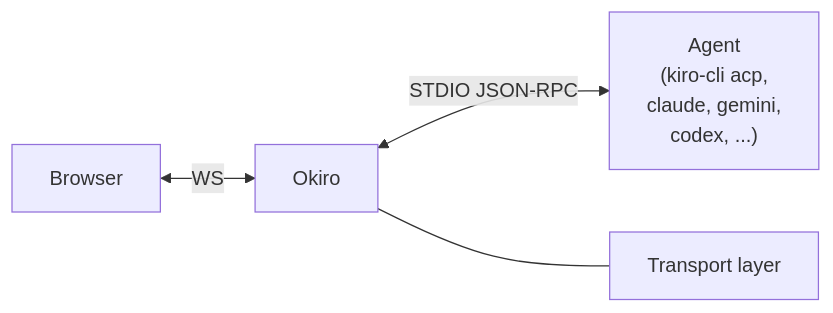
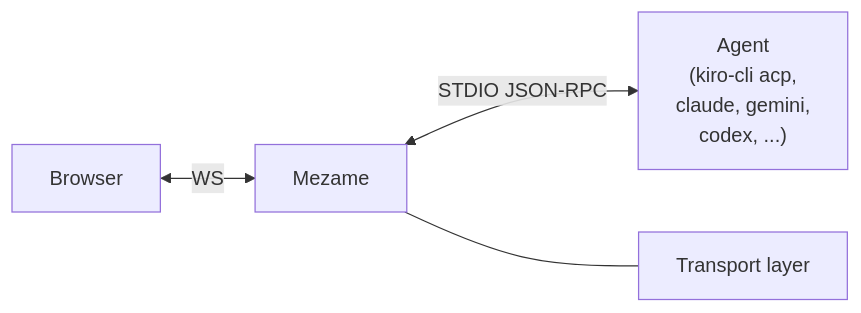
The diagram in docs/architecture.md (aichholzer/mezame), drawn with Mermaid before and after one commit. The commit also changed other lines of this file and 34 other files, not shown here.

````diff
--- a/docs/architecture.md
+++ b/docs/architecture.md
@@ -5,11 +5,11 @@
 ```mermaid
 flowchart LR
   browser[Browser]
-  okiro["Okiro"]
+  mezame["Mezame"]
   agent["Agent<br/>(kiro-cli acp,<br/>claude, gemini,<br/>codex, ...)"]
   transport["Transport layer"]
 
-  browser <-- WS --> okiro
-  okiro <-- "STDIO JSON-RPC" --> agent
-  okiro --- transport
+  browser <-- WS --> mezame
+  mezame <-- "STDIO JSON-RPC" --> agent
+  mezame --- transport
 ```
````
